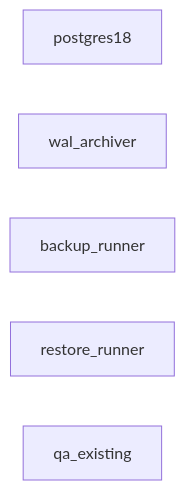
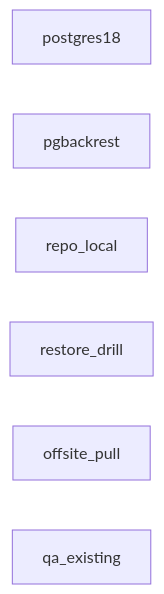
The first of 5 diagrams in docs/superpowers/deliveries/E0-infraestructura-dr.md (fusionbikesok-ui/Herramientas), drawn with Mermaid before and after one commit. The commit also changed other lines of this file and 6 other files, not shown here.

````diff
--- a/docs/superpowers/deliveries/E0-infraestructura-dr.md
+++ b/docs/superpowers/deliveries/E0-infraestructura-dr.md
@@ -78,8 +78,9 @@
 ```mermaid
 flowchart LR
   postgres18[postgres18]
-  wal_archiver[wal_archiver]
-  backup_runner[backup_runner]
-  restore_runner[restore_runner]
+  pgbackrest[pgbackrest]
+  repo_local[repo_local]
+  restore_drill[restore_drill]
+  offsite_pull[offsite_pull]
   qa_existing[qa_existing]
 ```
````
